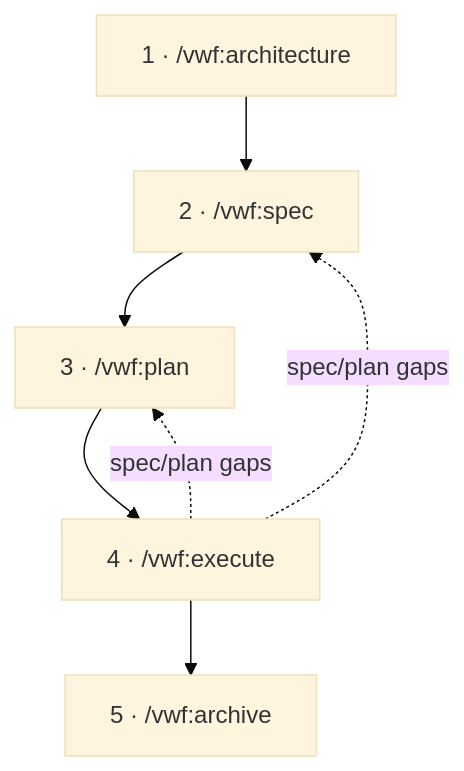
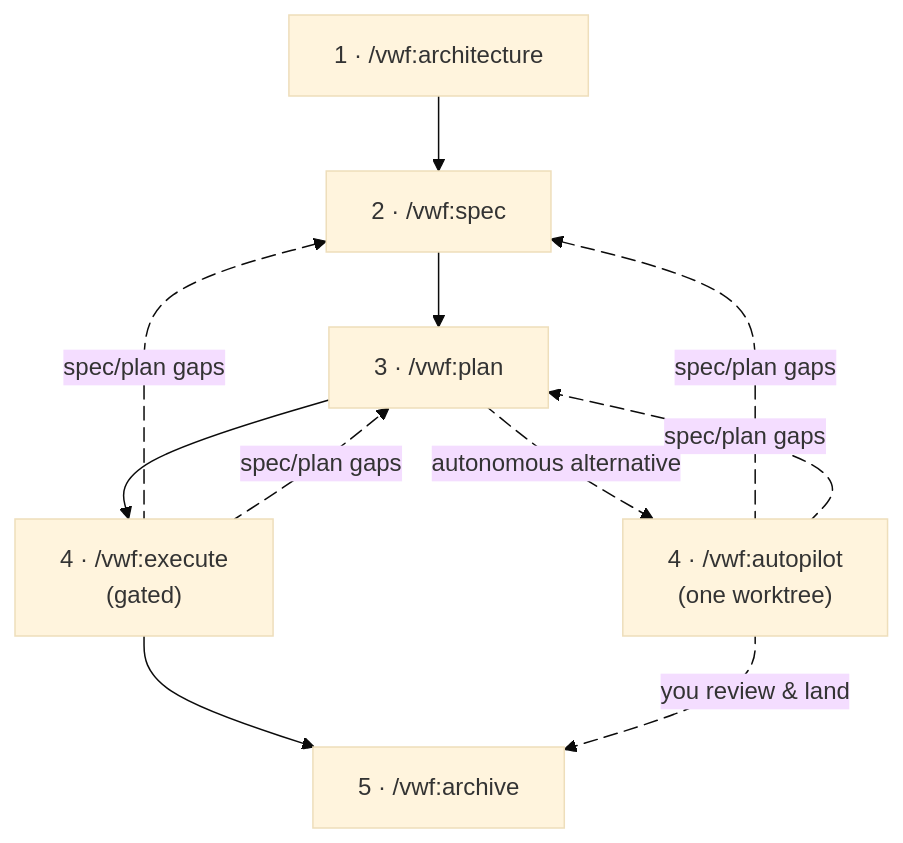
The first of 2 diagrams in readme.md (virajp/ai-plugins), drawn with Mermaid (base theme) before and after one commit. The commit also changed other lines of this file and 4 other files, not shown here.

First line of the commit message:
feat: add vwf autopilot command + animated-diagram standard

````diff
--- a/readme.md
+++ b/readme.md
@@ -110,9 +115,19 @@
 ```mermaid
 flowchart TD
     A["1 · /vwf:architecture"] --> B["2 · /vwf:spec"]
     B --> C["3 · /vwf:plan"]
-    C --> D["4 · /vwf:execute"]
+    C --> D["4 · /vwf:execute<br/>(gated)"]
+    C e1@-. "autonomous alternative" .-> F["4 · /vwf:autopilot<br/>(one worktree)"]
     D --> E["5 · /vwf:archive"]
-    D -. "spec/plan gaps" .-> B
-    D -. "spec/plan gaps" .-> C
+    F e2@-. "you review & land" .-> E
+    D e3@-. "spec/plan gaps" .-> B
+    D e4@-. "spec/plan gaps" .-> C
+    F e5@-. "spec/plan gaps" .-> B
+    F e6@-. "spec/plan gaps" .-> C
+    e1@{ animate: true }
+    e2@{ animate: true }
+    e3@{ animate: true }
+    e4@{ animate: true }
+    e5@{ animate: true }
+    e6@{ animate: true }
 ```
````
